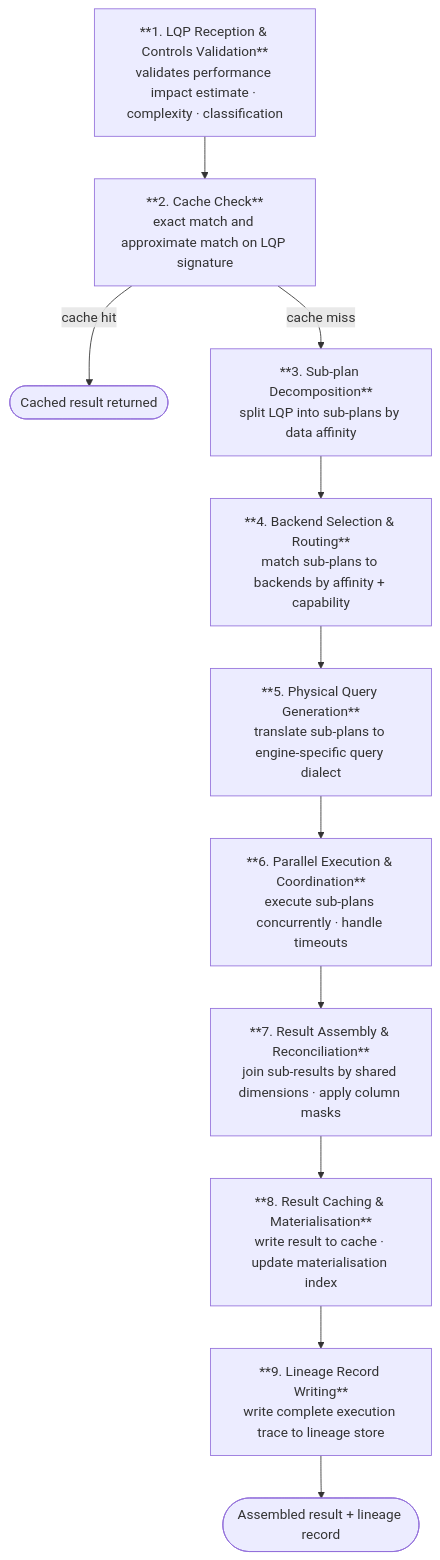
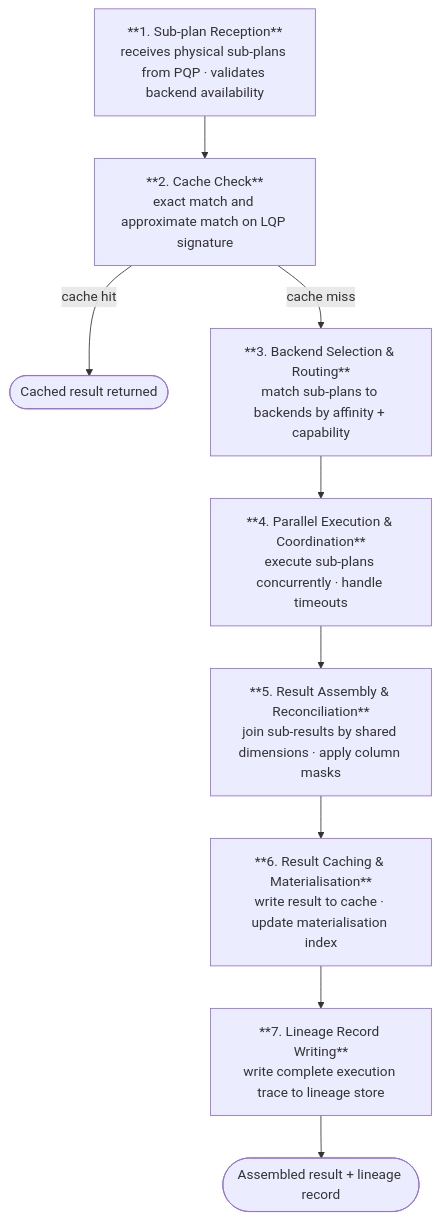
Before and after one commit to M-A-Operating-System/shared-work: the seventh of 7 diagrams in docs/product/analytics/02-core-capabilities.md, drawn with Mermaid. The commit also changed other lines of this file, not shown here.

First line of the commit message:
Add PQP and PAS as named logical components to Ch02

````diff
--- a/docs/product/analytics/02-core-capabilities.md
+++ b/docs/product/analytics/02-core-capabilities.md
@@ -906,19 +990,17 @@
 ```mermaid
 flowchart TD
-    S1["**1. LQP Reception & Controls Validation**\nvalidates performance impact estimate · complexity · classification"]
+    S1["**1. Sub-plan Reception**\nreceives physical sub-plans from PQP · validates backend availability"]
     S2["**2. Cache Check**\nexact match and approximate match on LQP signature"]
     CACHED(["Cached result returned"])
-    S3["**3. Sub-plan Decomposition**\nsplit LQP into sub-plans by data affinity"]
-    S4["**4. Backend Selection & Routing**\nmatch sub-plans to backends by affinity + capability"]
-    S5["**5. Physical Query Generation**\ntranslate sub-plans to engine-specific query dialect"]
-    S6["**6. Parallel Execution & Coordination**\nexecute sub-plans concurrently · handle timeouts"]
-    S7["**7. Result Assembly & Reconciliation**\njoin sub-results by shared dimensions · apply column masks"]
-    S8["**8. Result Caching & Materialisation**\nwrite result to cache · update materialisation index"]
-    S9["**9. Lineage Record Writing**\nwrite complete execution trace to lineage store"]
+    S3["**3. Backend Selection & Routing**\nmatch sub-plans to backends by affinity + capability"]
+    S4["**4. Parallel Execution & Coordination**\nexecute sub-plans concurrently · handle timeouts"]
+    S5["**5. Result Assembly & Reconciliation**\njoin sub-results by shared dimensions · apply column masks"]
+    S6["**6. Result Caching & Materialisation**\nwrite result to cache · update materialisation index"]
+    S7["**7. Lineage Record Writing**\nwrite complete execution trace to lineage store"]
     RESULT(["Assembled result + lineage record"])
 
     S1 --> S2
     S2 -->|cache hit| CACHED
     S2 -->|cache miss| S3
-    S3 --> S4 --> S5 --> S6 --> S7 --> S8 --> S9 --> RESULT
+    S3 --> S4 --> S5 --> S6 --> S7 --> RESULT
 ```
````
